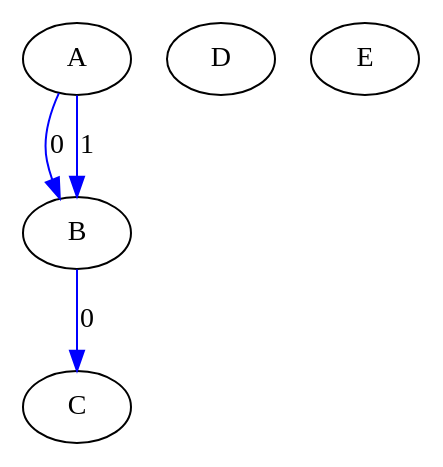
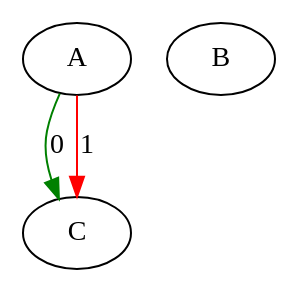
One commit to Hebbe1234/ExpectAll changed the diagram in src/assignedGraphs/assigned.dot. Above: the diagram before and after it, drawn with Graphviz. The commit also changed 2 other files, not shown here.

```diff
--- a/src/assignedGraphs/assigned.dot
+++ b/src/assignedGraphs/assigned.dot
@@ -1,10 +1,7 @@
 digraph "G" {
-A;
-B;
-C;
-D;
-E;
-A -> B  [color=blue, key=0, label=0];
-A -> B  [color=blue, key=1, label=1];
-B -> C  [color=blue, key=0, label=0];
+A [id=0];
+B [id=1];
+C [id=2];
+A -> C  [color=green, key=0, label=0];
+A -> C  [color=red, key=1, label=1];
 }
```
